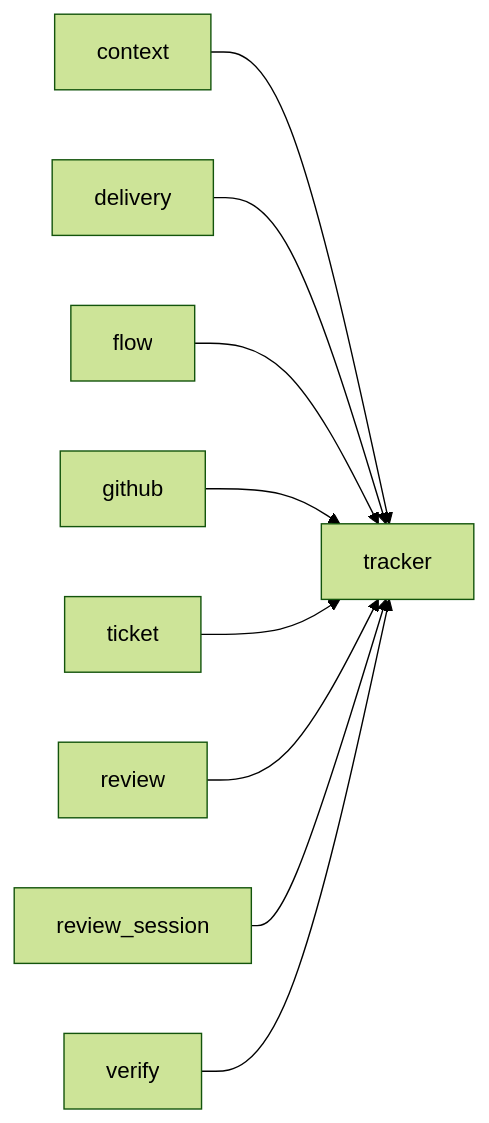
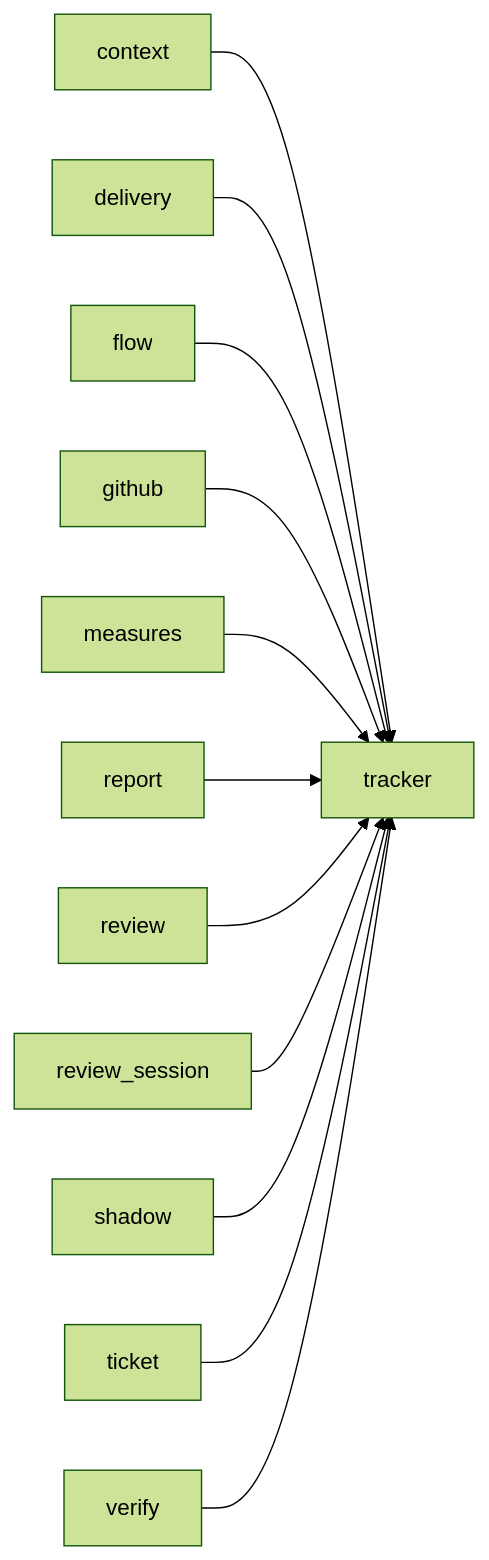
One commit to plaplanche/ariane changed the diagram in docs/architecture/modules/tracker.md. Above: the diagram before and after it, drawn with Mermaid (forest theme). The commit also changed other lines of this file and 33 other files, not shown here.

Commit message:
#120: Generate the module dependency graphs of the architecture docs from the code (C25)

````diff
--- a/docs/architecture/modules/tracker.md
+++ b/docs/architecture/modules/tracker.md
@@ -19,11 +20,14 @@
 ```mermaid
 flowchart LR
   context --> tracker
   delivery --> tracker
   flow --> tracker
   github --> tracker
-  ticket --> tracker
+  measures --> tracker
+  report --> tracker
   review --> tracker
   review_session --> tracker
+  shadow --> tracker
+  ticket --> tracker
   verify --> tracker
 ```
````
